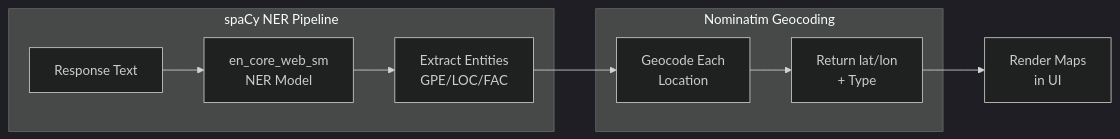
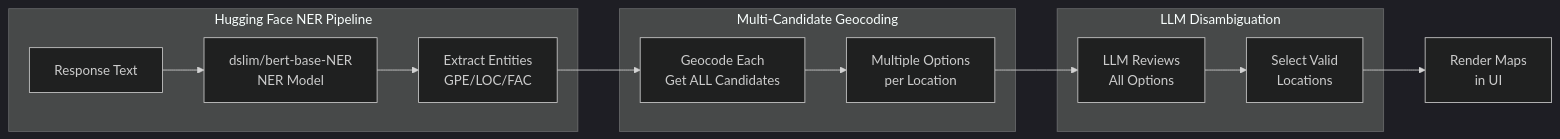
The sixth of 8 diagrams in docs/agent_workflow.md (fbaierl/geo-vision-lab), drawn with Mermaid before and after one commit. The commit also changed other lines of this file and 8 other files, not shown here.

````diff
--- a/docs/agent_workflow.md
+++ b/docs/agent_workflow.md
@@ -274,15 +275,20 @@
 ```mermaid
 %%{init: {'theme': 'dark'}}%%
 flowchart LR
-    subgraph NER["spaCy NER Pipeline"]
-        TEXT[Response Text] --> MODEL["en_core_web_sm<br/>NER Model"]
+    subgraph NER["Hugging Face NER Pipeline"]
+        TEXT[Response Text] --> MODEL["dslim/bert-base-NER<br/>NER Model"]
         MODEL --> ENTITIES["Extract Entities<br/>GPE/LOC/FAC"]
     end
 
-    subgraph GEO["Nominatim Geocoding"]
-        ENTITIES --> GEOCODE["Geocode Each<br/>Location"]
-        GEOCODE --> COORDS["Return lat/lon<br/>+ Type"]
+    subgraph GEO["Multi-Candidate Geocoding"]
+        ENTITIES --> GEOCODE["Geocode Each<br/>Get ALL Candidates"]
+        GEOCODE --> CANDIDATES["Multiple Options<br/>per Location"]
     end
 
-    COORDS --> MAPS["Render Maps<br/>in UI"]
+    subgraph LLM["LLM Disambiguation"]
+        CANDIDATES --> SELECT["LLM Reviews<br/>All Options"]
+        SELECT --> VALID["Select Valid<br/>Locations"]
+    end
+
+    VALID --> MAPS["Render Maps<br/>in UI"]
 ```
````
